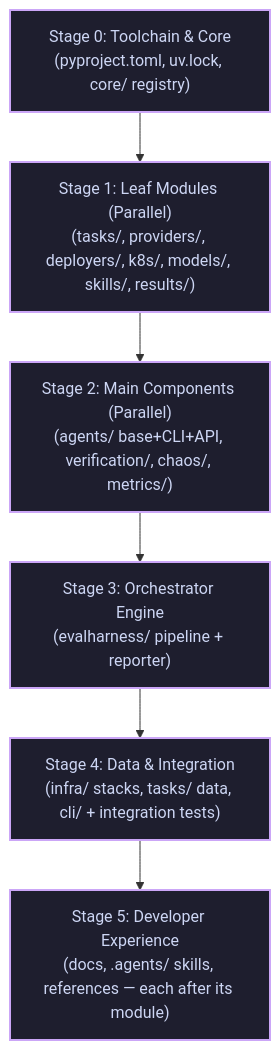
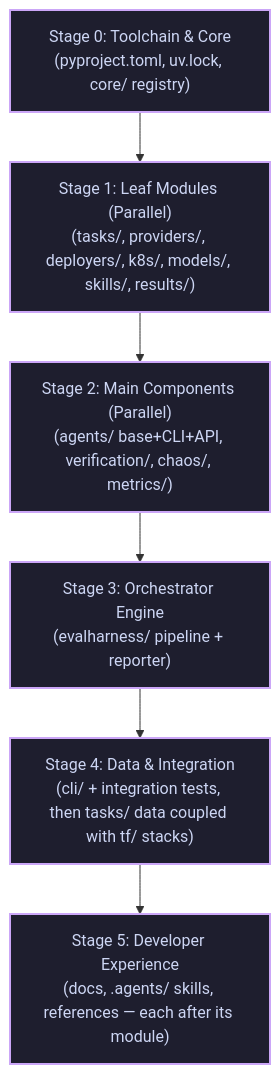
Before and after one commit to gke-labs/devops-bench: the diagram in docs/migration/pr-plan.md, drawn with Mermaid. The commit also changed other lines of this file and 3 other files, not shown here.

````diff
--- a/docs/migration/pr-plan.md
+++ b/docs/migration/pr-plan.md
@@ -31,17 +31,17 @@
 ```mermaid
 graph TD
     classDef stage fill:#1e1e2e,stroke:#cba6f7,stroke-width:2px,color:#cdd6f4;
 
     S0["Stage 0: Toolchain & Core<br/>(pyproject.toml, uv.lock, core/ registry)"]:::stage
     S1["Stage 1: Leaf Modules (Parallel)<br/>(tasks/, providers/, deployers/, k8s/, models/, skills/, results/)"]:::stage
     S2["Stage 2: Main Components (Parallel)<br/>(agents/ base+CLI+API, verification/, chaos/, metrics/)"]:::stage
     S3["Stage 3: Orchestrator Engine<br/>(evalharness/ pipeline + reporter)"]:::stage
-    S4["Stage 4: Data & Integration<br/>(infra/ stacks, tasks/ data, cli/ + integration tests)"]:::stage
+    S4["Stage 4: Data & Integration<br/>(cli/ + integration tests, then tasks/ data coupled with tf/ stacks)"]:::stage
     S5["Stage 5: Developer Experience<br/>(docs, .agents/ skills, references — each after its module)"]:::stage
 
     S0 --> S1
     S1 --> S2
     S2 --> S3
     S3 --> S4
     S4 --> S5
 ```
````
